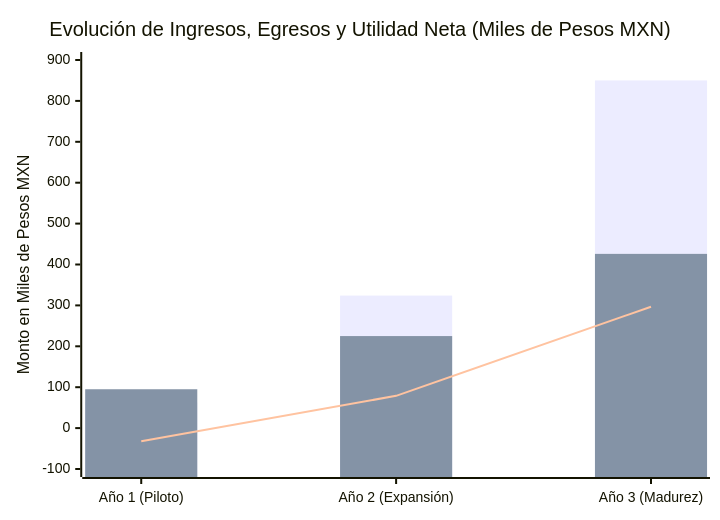
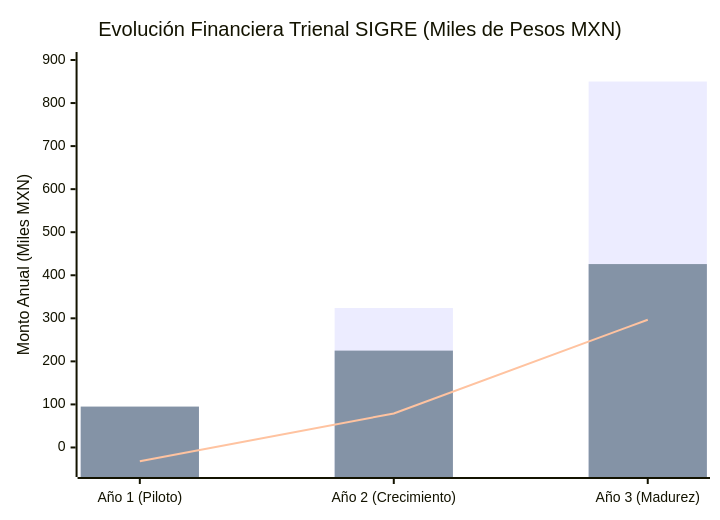
One commit to ErnestoFM/Inversion changed the seventh of 7 diagrams in docs/Propuesta_Inversion_SIGRE_Corregida.md. Above: the diagram before and after it, drawn with Mermaid. The commit also changed other lines of this file and 19 other files, not shown here.

````diff
--- a/docs/Propuesta_Inversion_SIGRE_Corregida.md
+++ b/docs/Propuesta_Inversion_SIGRE_Corregida.md
@@ -410,9 +461,9 @@
 ```mermaid
 xychart-beta
-    title "Evolución de Ingresos, Egresos y Utilidad Neta (Miles de Pesos MXN)"
-    x-axis ["Año 1 (Piloto)", "Año 2 (Expansión)", "Año 3 (Madurez)"]
-    y-axis "Monto en Miles de Pesos MXN" -100 --> 900
+    title "Evolución Financiera Trienal SIGRE (Miles de Pesos MXN)"
+    x-axis ["Año 1 (Piloto)", "Año 2 (Crecimiento)", "Año 3 (Madurez)"]
+    y-axis "Monto Anual (Miles MXN)" -50 --> 900
     bar [63, 324, 850]
     bar [95, 225, 426]
     line [-32, 78.9, 296.8]
 ```
````
